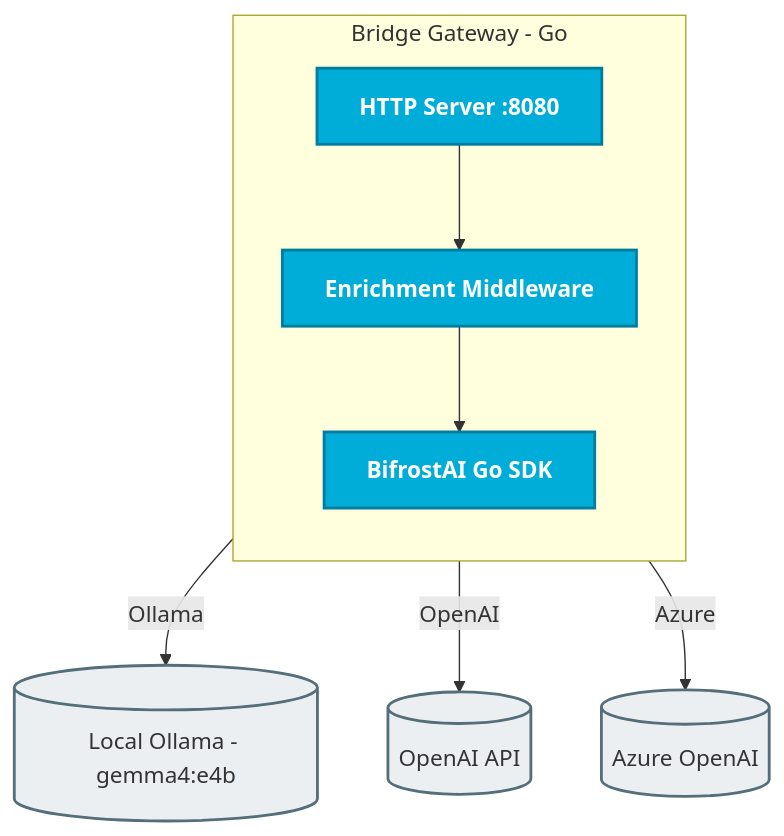
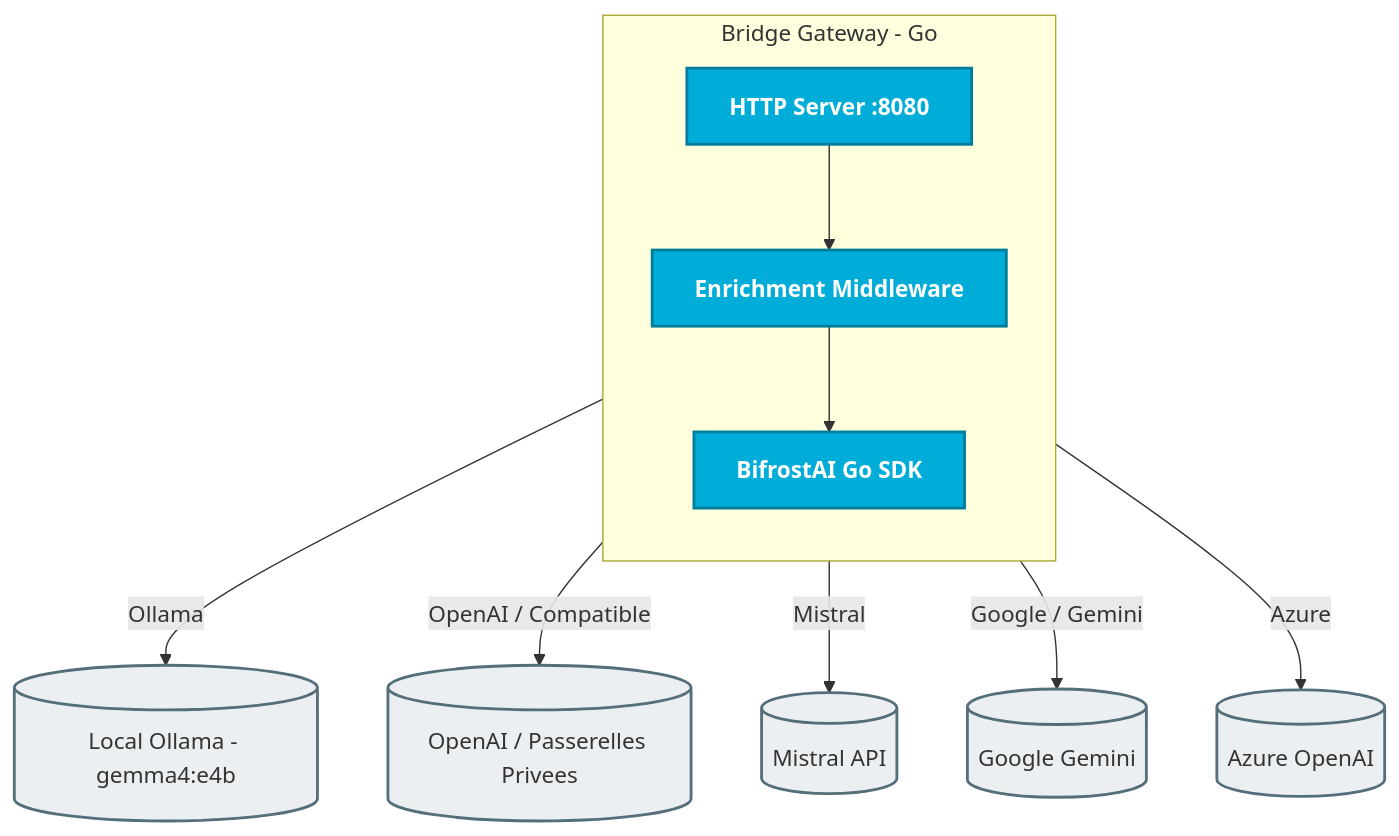
One commit to fanama/bifrost-gateway changed the diagram in README.md. Above: the diagram before and after it, drawn with Mermaid. The commit also changed other lines of this file and 20 other files, not shown here.

````diff
--- a/README.md
+++ b/README.md
@@ -29,17 +28,19 @@
 ```mermaid
 flowchart TD
     subgraph GoApp [Bridge Gateway - Go]
         direction TB
         HTTP[HTTP Server :8080] --> MW[Enrichment Middleware]
         MW --> BifrostSDK[BifrostAI Go SDK]
     end
 
     BifrostSDK -->|Ollama| Ollama[(Local Ollama - gemma4:e4b)]
-    BifrostSDK -->|OpenAI| OpenAI[(OpenAI API)]
+    BifrostSDK -->|OpenAI / Compatible| OpenAI[(OpenAI / Passerelles Privees)]
+    BifrostSDK -->|Mistral| Mistral[(Mistral API)]
+    BifrostSDK -->|Google / Gemini| Google[(Google Gemini)]
     BifrostSDK -->|Azure| Azure[(Azure OpenAI)]
 
     classDef goStyle fill:#00ADD8,stroke:#007D9C,stroke-width:2px,color:#fff,font-weight:bold;
     classDef extStyle fill:#ECEFF1,stroke:#546E7A,stroke-width:2px;
     class HTTP,MW,BifrostSDK goStyle;
-    class Ollama,OpenAI,Azure extStyle;
+    class Ollama,OpenAI,Mistral,Google,Azure extStyle;
 ```
````
